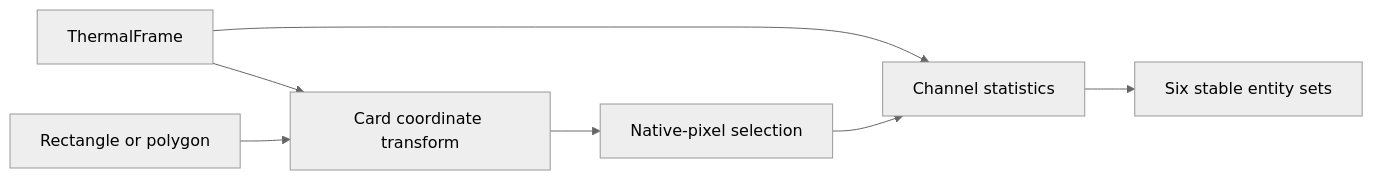
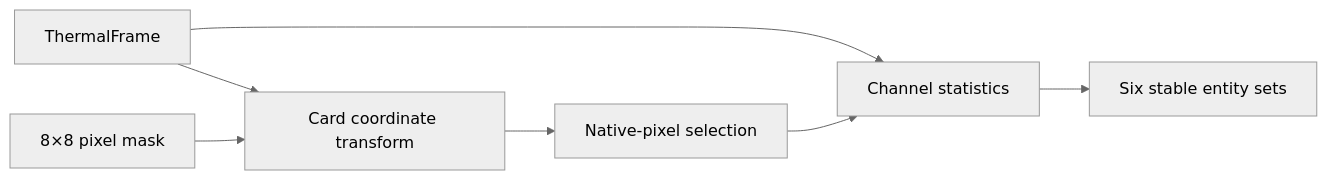
Before and after one commit to FishKepping/LeafSense: the ninth of 12 diagrams in docs/Architecture.md, drawn with Mermaid (neutral theme). The commit also changed other lines of this file and 21 other files, not shown here.

Commit message:
feat: replace shape ROIs with pixel mask editing

````diff
--- a/docs/Architecture.md
+++ b/docs/Architecture.md
@@ -301,16 +301,16 @@
 ```mermaid
 flowchart LR
     Grid["ThermalFrame"]
     Transform["Card coordinate transform"]
-    Shape["Rectangle or polygon"]
+    Shape["8×8 pixel mask"]
     Mask["Native-pixel selection"]
     Stats["Channel statistics"]
     Entity["Six stable entity sets"]
 
     Grid --> Transform
     Shape --> Transform
     Transform --> Mask
     Grid --> Stats
     Mask --> Stats
     Stats --> Entity
 ```
````
